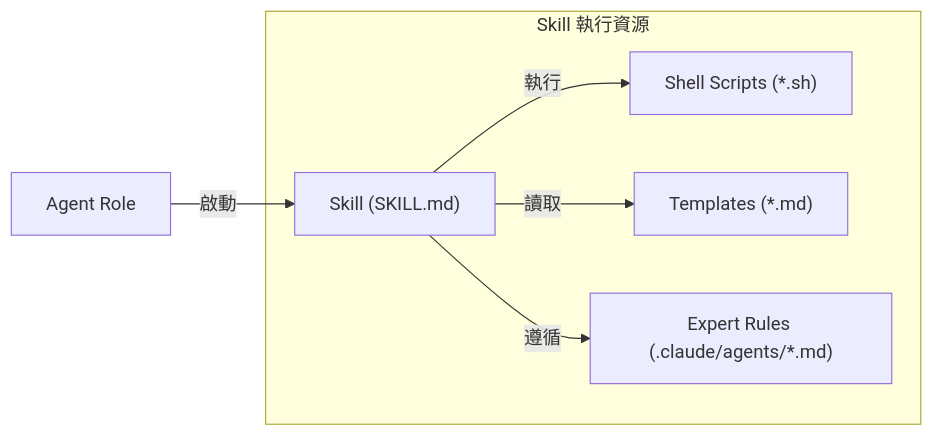
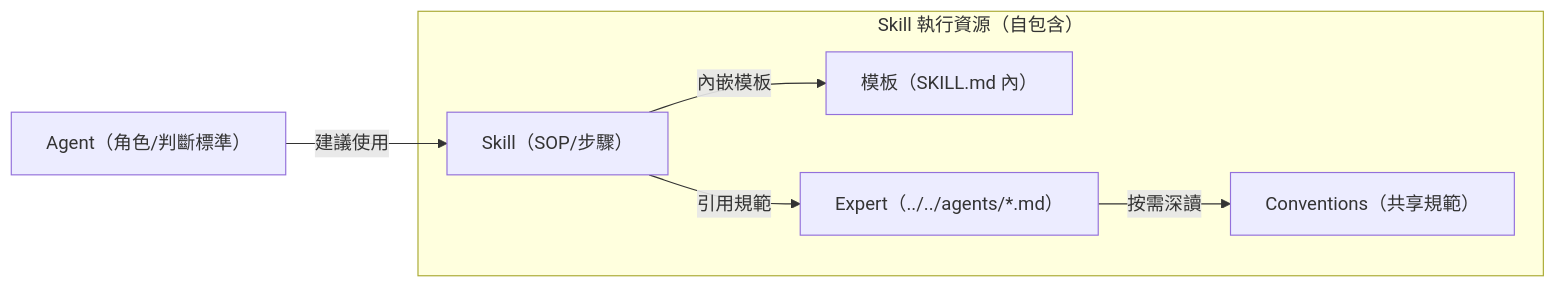
One commit to kiddchantw/cc_setting changed the second of 3 diagrams in README.md. Above: the diagram before and after it, drawn with Mermaid. The commit also changed other lines of this file, not shown here.

Commit message:
docs(.claude): overhaul README to reflect all 13 agents and 33 skills, remove agent-scripts refs

````diff
--- a/README.md
+++ b/README.md
@@ -117,10 +194,10 @@
 ```mermaid
 graph LR
-    Agent["Agent Role"] -->|啟動| Skill["Skill (SKILL.md)"]
+    Agent["Agent（角色/判斷標準）"] -->|建議使用| Skill["Skill（SOP/步驟）"]
 
-    subgraph "Skill 執行資源"
-        Skill -->|執行| Script["Shell Scripts (*.sh)"]
-        Skill -->|讀取| Template["Templates (*.md)"]
-        Skill -->|遵循| Rule["Expert Rules (.claude/agents/*.md)"]
+    subgraph "Skill 執行資源（自包含）"
+        Skill -->|內嵌模板| Template["模板（SKILL.md 內）"]
+        Skill -->|引用規範| Rule["Expert（../../agents/*.md）"]
+        Rule -->|按需深讀| Conv["Conventions（共享規範）"]
     end
 ```
````
